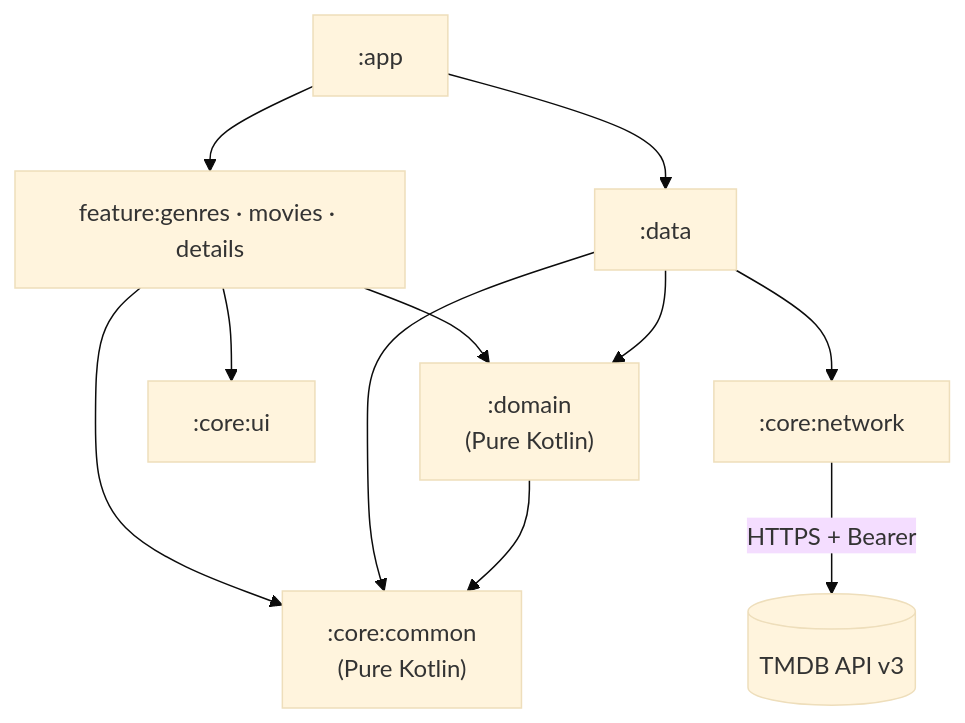
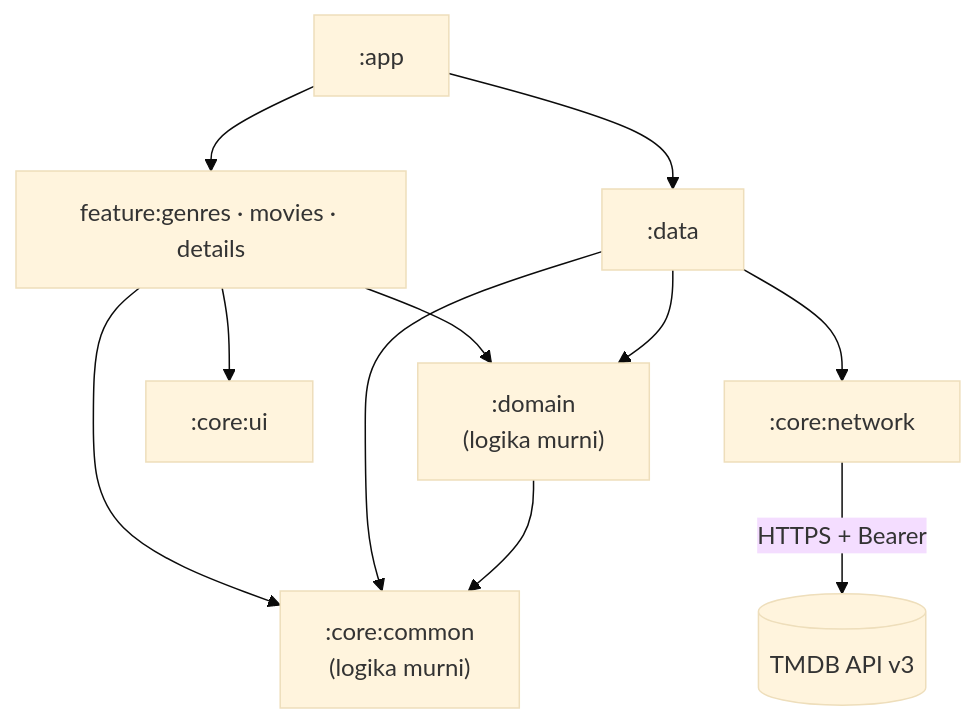
Before and after one commit to halimjr11/katha: the first of 2 diagrams in README.md, drawn with Mermaid (base theme). The commit also changed other lines of this file and 3 other files, not shown here.

````diff
--- a/README.md
+++ b/README.md
@@ -32,13 +32,13 @@
 ```mermaid
 graph TD
     APP[":app"] --> F["feature:genres · movies · details"]
     APP --> DATA[":data"]
-    F --> DOMAIN[":domain<br/>(Pure Kotlin)"]
+    F --> DOMAIN[":domain<br/>(logika murni)"]
     F --> UI[":core:ui"]
-    F --> COMMON[":core:common<br/>(Pure Kotlin)"]
+    F --> COMMON[":core:common<br/>(logika murni)"]
     DATA --> DOMAIN
     DATA --> NET[":core:network"]
     DATA --> COMMON
     DOMAIN --> COMMON
     NET -->|HTTPS + Bearer| TMDB[("TMDB API v3")]
 ```
````
